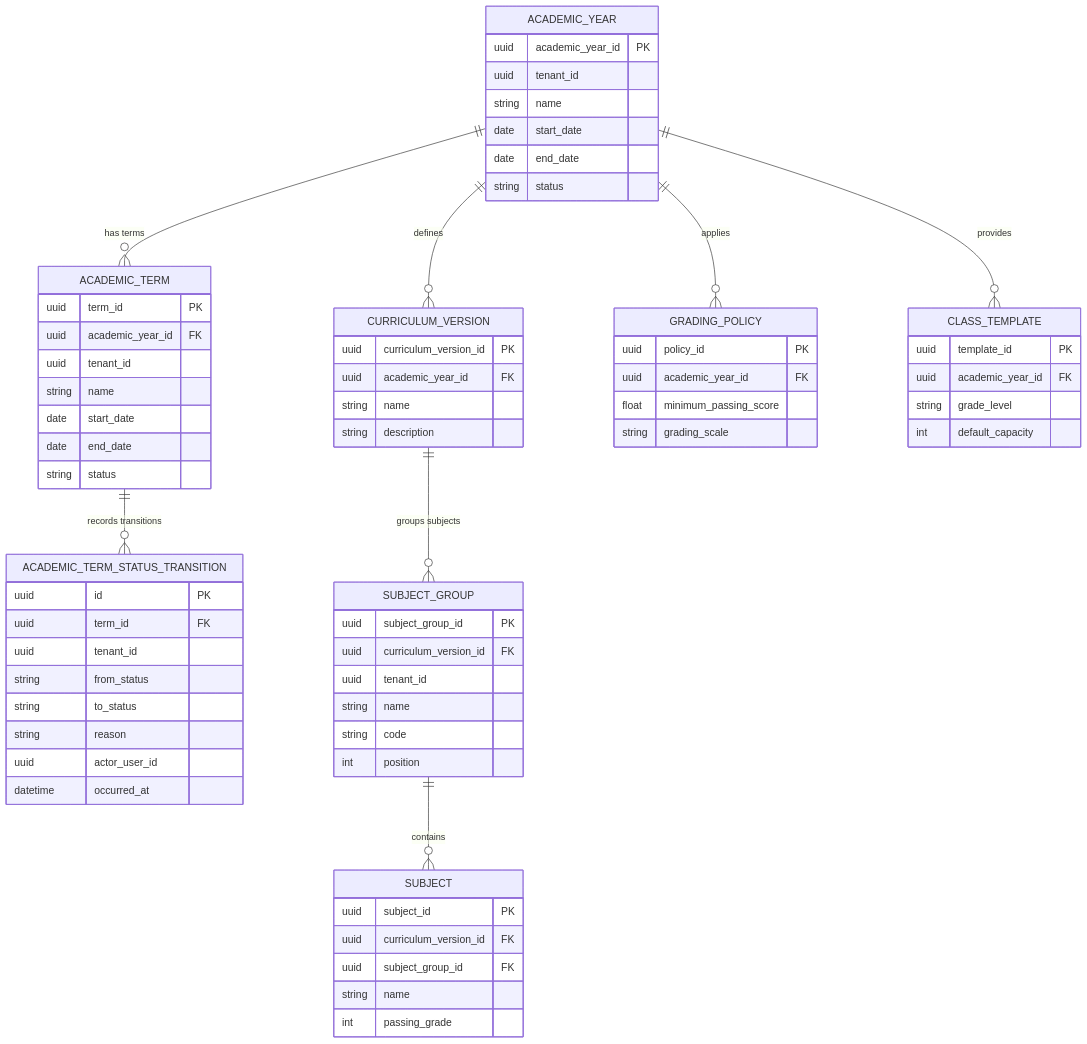
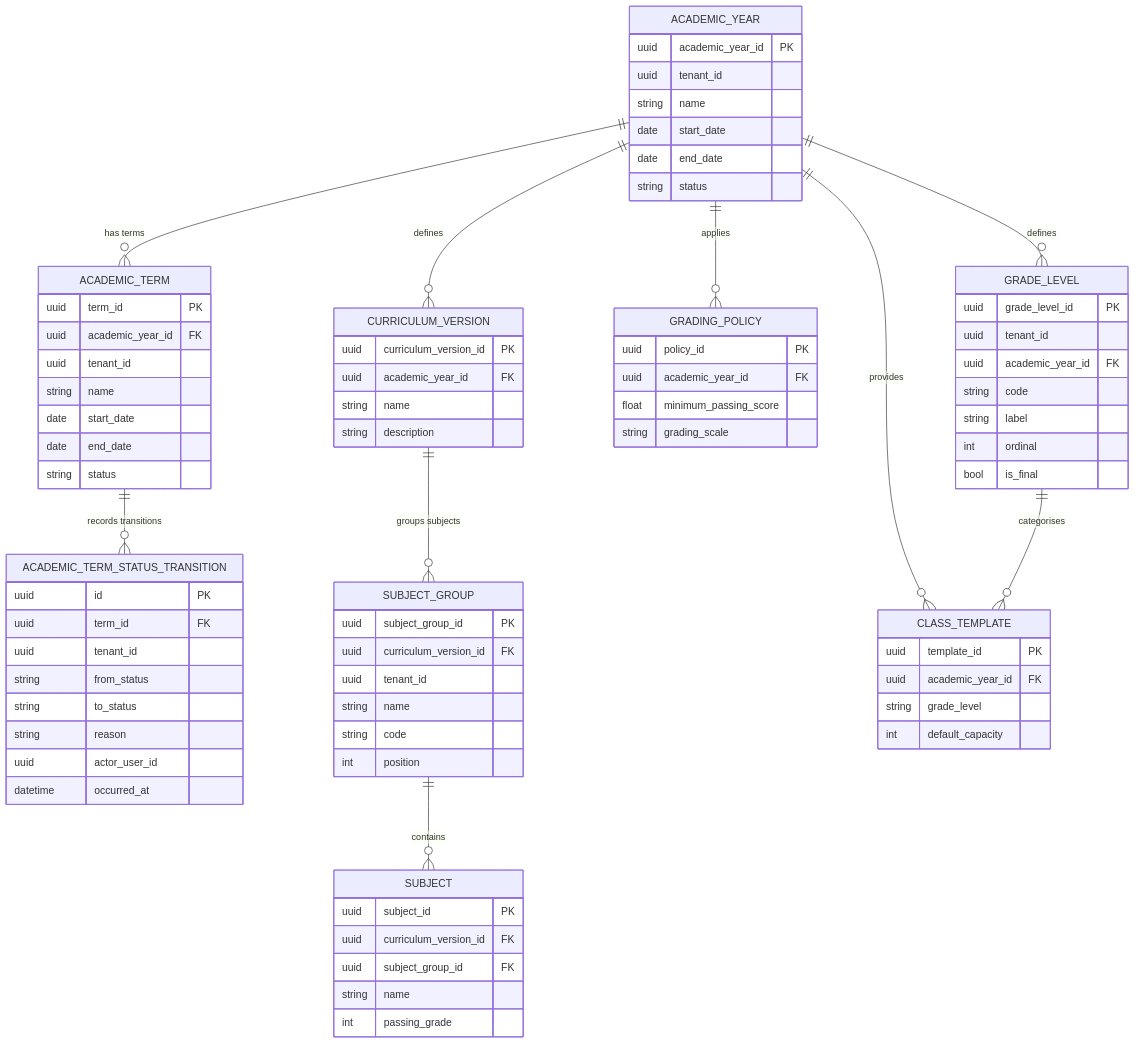
The diagram in docs/internal/10_data_design/03_Academic_Config_Service_ERD.md (protocyber/akademiq), drawn with Mermaid before and after one commit. The commit also changed other lines of this file and 1 other file, not shown here.

Commit message:
docs(contracts): document the grade level entity and endpoints

````diff
--- a/docs/internal/10_data_design/03_Academic_Config_Service_ERD.md
+++ b/docs/internal/10_data_design/03_Academic_Config_Service_ERD.md
@@ -70,6 +70,16 @@
   int default_capacity
 }
 
+GRADE_LEVEL {
+  uuid grade_level_id PK
+  uuid tenant_id
+  uuid academic_year_id FK
+  string code
+  string label
+  int ordinal
+  bool is_final
+}
+
 ACADEMIC_YEAR ||--o{ ACADEMIC_TERM : "has terms"
 ACADEMIC_TERM ||--o{ ACADEMIC_TERM_STATUS_TRANSITION : "records transitions"
 ACADEMIC_YEAR ||--o{ CURRICULUM_VERSION : defines
@@ -77,4 +87,6 @@
 SUBJECT_GROUP ||--o{ SUBJECT : contains
 ACADEMIC_YEAR ||--o{ GRADING_POLICY : applies
 ACADEMIC_YEAR ||--o{ CLASS_TEMPLATE : provides
+ACADEMIC_YEAR ||--o{ GRADE_LEVEL : defines
+GRADE_LEVEL ||--o{ CLASS_TEMPLATE : categorises
 ```
````
